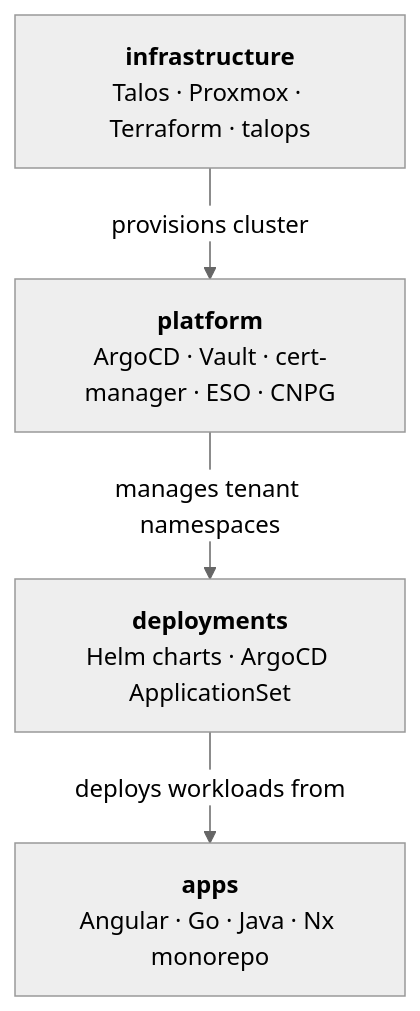
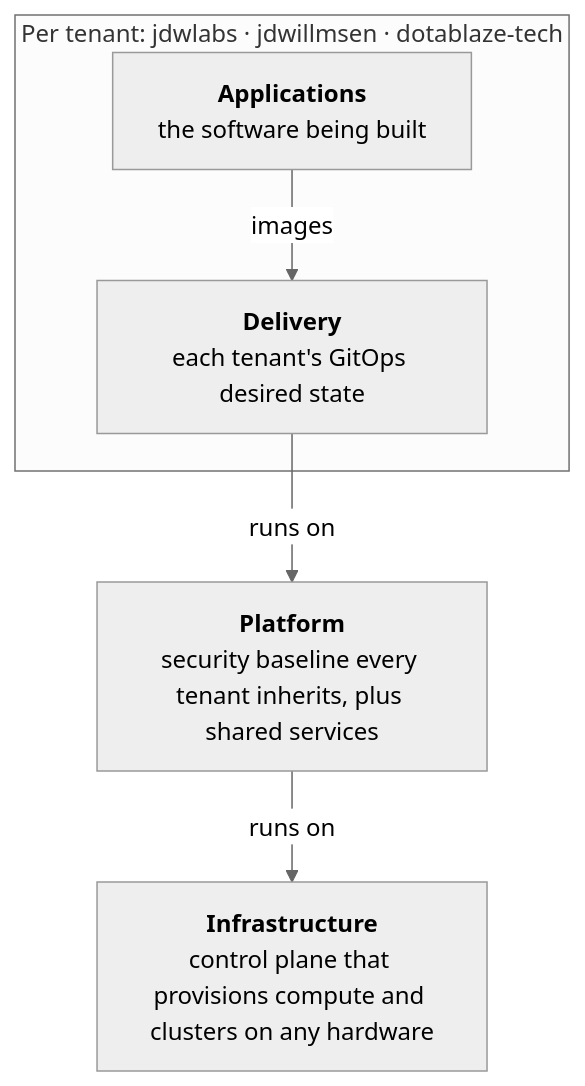
One commit to jdwlabs/.github changed the diagram in profile/README.md. Above: the diagram before and after it, drawn with Mermaid (neutral theme). The commit also changed other lines of this file, not shown here.

Commit message:
docs(profile): describe the lab as four layers with shared tenancy

````diff
--- a/profile/README.md
+++ b/profile/README.md
@@ -33,11 +35,13 @@
 ```mermaid
 flowchart TD
-    infra["<b>infrastructure</b>\nTalos · Proxmox · Terraform · talops"]
-    platform["<b>platform</b>\nArgoCD · Vault · cert-manager · ESO · CNPG"]
-    deployments["<b>deployments</b>\nHelm charts · ArgoCD ApplicationSet"]
-    apps["<b>apps</b>\nAngular · Go · Java · Nx monorepo"]
+    subgraph tenants["Per tenant: jdwlabs · jdwillmsen · dotablaze-tech"]
+        apps["<b>Applications</b>\nthe software being built"]
+        delivery["<b>Delivery</b>\neach tenant's GitOps desired state"]
+    end
+    platform["<b>Platform</b>\nsecurity baseline every tenant inherits, plus shared services"]
+    infra["<b>Infrastructure</b>\ncontrol plane that provisions compute and clusters on any hardware"]
 
-    infra -->|"provisions cluster"| platform
-    platform -->|"manages tenant namespaces"| deployments
-    deployments -->|"deploys workloads from"| apps
+    apps -->|"images"| delivery
+    delivery -->|"runs on"| platform
+    platform -->|"runs on"| infra
 ```
````
